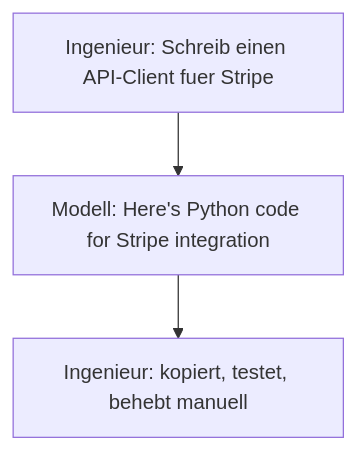
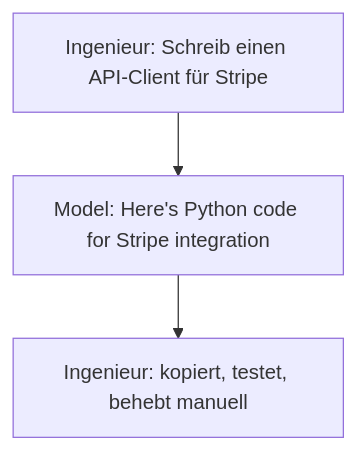
Before and after one commit to soenkelange/ai-lab-3-agentic-programming: the first of 5 diagrams in 01-agentic-foundations/model-vs-agent.md, drawn with Mermaid. The commit also changed other lines of this file and 31 other files, not shown here.

````diff
--- a/01-agentic-foundations/model-vs-agent.md
+++ b/01-agentic-foundations/model-vs-agent.md
@@ -25,5 +25,5 @@
 ```mermaid
 flowchart TD
-    A[Ingenieur: Schreib einen API-Client fuer Stripe] --> B[Modell: Here's Python code for Stripe integration]
+    A[Ingenieur: Schreib einen API-Client für Stripe] --> B[Model: Here's Python code for Stripe integration]
     B --> C[Ingenieur: kopiert, testet, behebt manuell]
 ```
````
